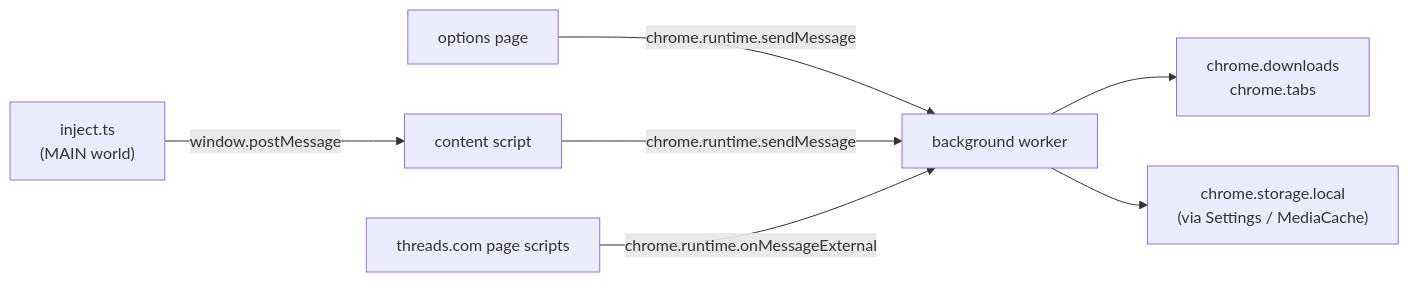
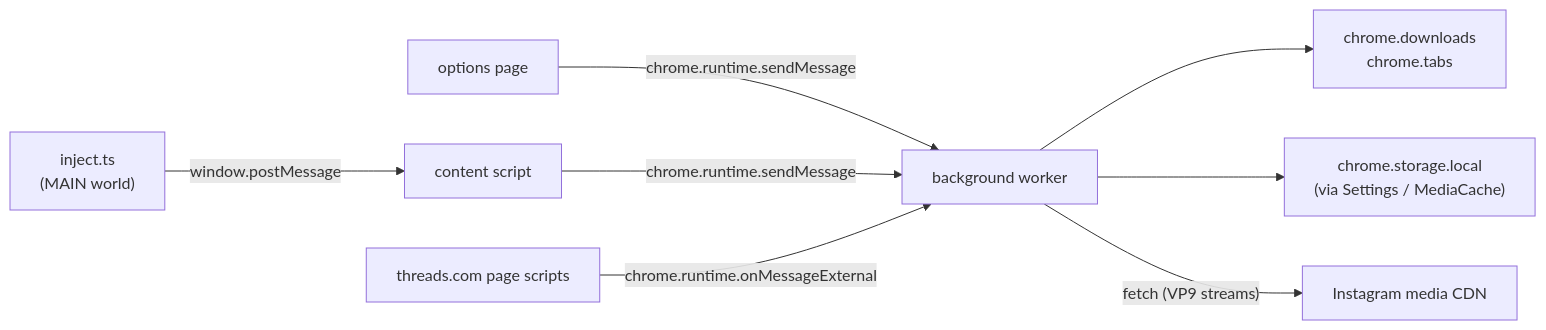
One commit to evolsiri/igdl changed the diagram in docs/architecture.md. Above: the diagram before and after it, drawn with Mermaid. The commit also changed other lines of this file and 69 other files, not shown here.

````diff
--- a/docs/architecture.md
+++ b/docs/architecture.md
@@ -7,17 +7,18 @@
 ```mermaid
 flowchart LR
     options[options page]
     content[content script]
     inject["inject.ts<br/>(MAIN world)"]
     threads[threads.com page scripts]
     bg[background worker]
     chromeDl["chrome.downloads<br/>chrome.tabs"]
     chromeStorage["chrome.storage.local<br/>(via Settings / MediaCache)"]
 
     options -- chrome.runtime.sendMessage --> bg
     content -- chrome.runtime.sendMessage --> bg
     inject -- window.postMessage --> content
     threads -- chrome.runtime.onMessageExternal --> bg
     bg --> chromeDl
     bg --> chromeStorage
+    bg -- "fetch (VP9 streams)" --> cdn["Instagram media CDN"]
 ```
````
